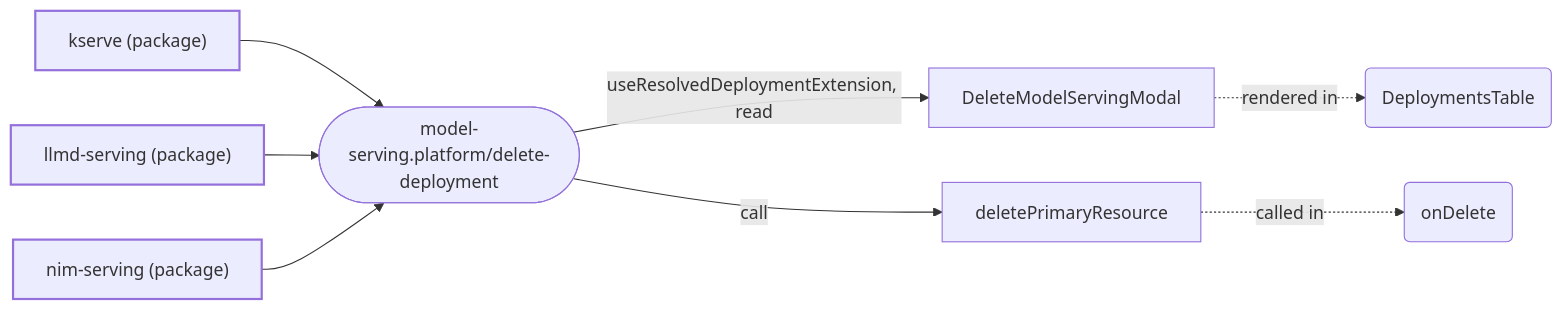
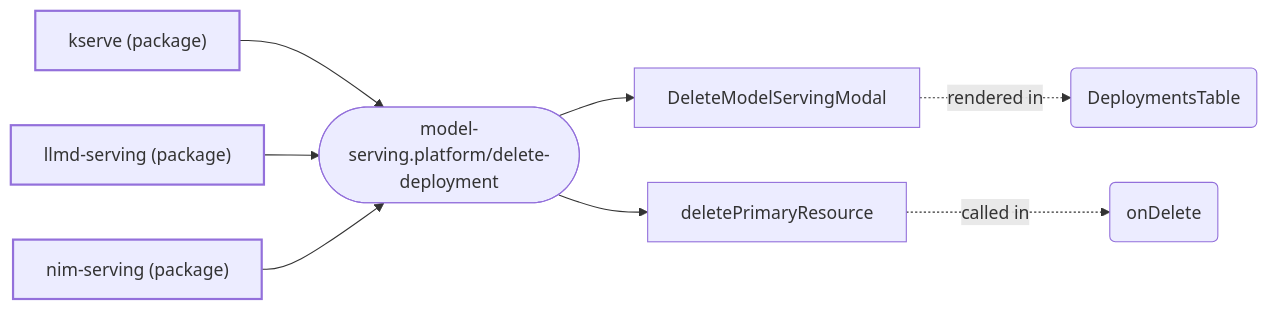
One commit to mturley/odh-dashboard changed diagram 16 of 19 in packages/model-serving/docs/extensions.md. Above: the diagram before and after it, drawn with Mermaid. The commit also changed other lines of this file and 28 other files, not shown here.

````diff
--- a/packages/model-serving/docs/extensions.md
+++ b/packages/model-serving/docs/extensions.md
@@ -994,20 +1049,20 @@
 ```mermaid
 flowchart LR
   classDef pkg stroke-width:2px
   classDef point stroke-width:1px
   n_pkg__odh_dashboard_kserve_5ec96a["kserve (package)"]:::pkg
   n_pkg__odh_dashboard_llmd_serving_3e146e["llmd-serving (package)"]:::pkg
   n_pkg__odh_dashboard_nim_serving_241793["nim-serving (package)"]:::pkg
   n_model_serving_platform_delete_deployment_259f2a(["model-serving.platform/delete-deployment"]):::point
   n_pkg__odh_dashboard_kserve_5ec96a --> n_model_serving_platform_delete_deployment_259f2a
   n_pkg__odh_dashboard_llmd_serving_3e146e --> n_model_serving_platform_delete_deployment_259f2a
   n_pkg__odh_dashboard_nim_serving_241793 --> n_model_serving_platform_delete_deployment_259f2a
   n_symbol_packages_model_serving_src_components_deleteModal_DeleteModelServingModal_tsx_DeleteModelServingModal_38884d["DeleteModelServingModal"]
-  n_model_serving_platform_delete_deployment_259f2a -- "useResolvedDeploymentExtension, read" --> n_symbol_packages_model_serving_src_components_deleteModal_DeleteModelServingModal_tsx_DeleteModelServingModal_38884d
+  n_model_serving_platform_delete_deployment_259f2a --> n_symbol_packages_model_serving_src_components_deleteModal_DeleteModelServingModal_tsx_DeleteModelServingModal_38884d
   n_symbol_packages_model_serving_src_components_deleteModal_DeleteModelServingModal_tsx_deletePrimaryResource_b7172f["deletePrimaryResource"]
-  n_model_serving_platform_delete_deployment_259f2a -- "call" --> n_symbol_packages_model_serving_src_components_deleteModal_DeleteModelServingModal_tsx_deletePrimaryResource_b7172f
+  n_model_serving_platform_delete_deployment_259f2a --> n_symbol_packages_model_serving_src_components_deleteModal_DeleteModelServingModal_tsx_deletePrimaryResource_b7172f
   n_symbol_packages_model_serving_src_components_deployments_DeploymentsTable_tsx_DeploymentsTable_e63685("DeploymentsTable")
   n_symbol_packages_model_serving_src_components_deleteModal_DeleteModelServingModal_tsx_onDelete_ec9d76("onDelete")
   n_symbol_packages_model_serving_src_components_deleteModal_DeleteModelServingModal_tsx_DeleteModelServingModal_38884d -. "rendered in" .-> n_symbol_packages_model_serving_src_components_deployments_DeploymentsTable_tsx_DeploymentsTable_e63685
   n_symbol_packages_model_serving_src_components_deleteModal_DeleteModelServingModal_tsx_deletePrimaryResource_b7172f -. "called in" .-> n_symbol_packages_model_serving_src_components_deleteModal_DeleteModelServingModal_tsx_onDelete_ec9d76
 ```
````
